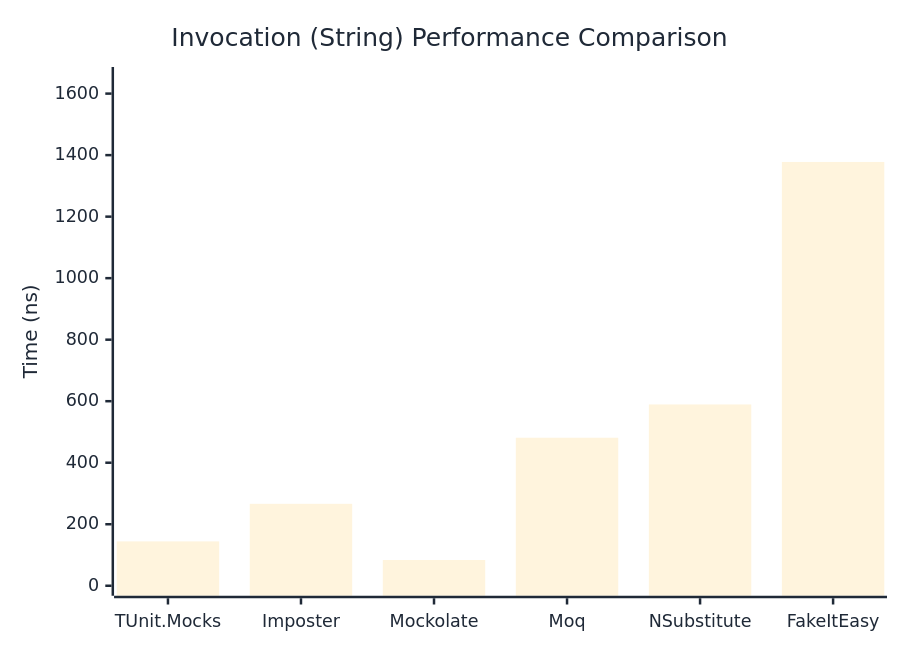
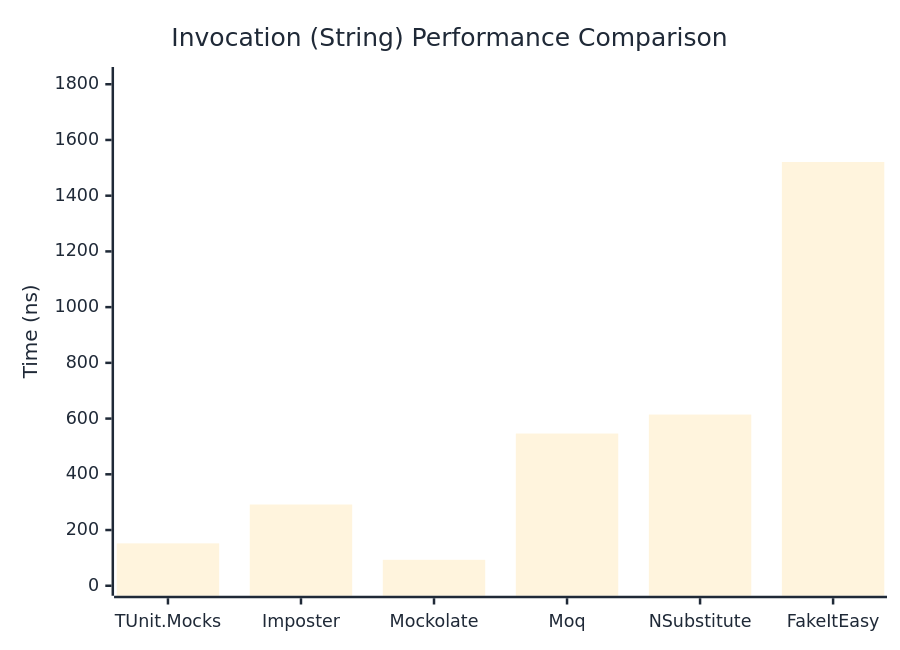
Before and after one commit to thomhurst/TUnit: the second of 3 diagrams in docs/docs/benchmarks/mocks/Invocation.md, drawn with Mermaid. The commit also changed other lines of this file and 14 other files, not shown here.

````diff
--- a/docs/docs/benchmarks/mocks/Invocation.md
+++ b/docs/docs/benchmarks/mocks/Invocation.md
@@ -69,27 +69,27 @@
 ```mermaid
 %%{init: {
   'theme':'base',
   'themeVariables': {
     'primaryColor': '#2563eb',
     'primaryTextColor': '#1f2937',
     'primaryBorderColor': '#1e40af',
     'lineColor': '#6b7280',
     'secondaryColor': '#7c3aed',
     'tertiaryColor': '#dc2626',
     'background': '#ffffff',
     'pie1': '#2563eb',
     'pie2': '#7c3aed',
     'pie3': '#dc2626',
     'pie4': '#f59e0b',
     'pie5': '#10b981',
     'pie6': '#06b6d4',
     'pie7': '#ec4899',
     'pie8': '#6366f1'
   }
 }}%%
 xychart-beta
   title "Invocation (String) Performance Comparison"
   x-axis ["TUnit.Mocks", "Imposter", "Mockolate", "Moq", "NSubstitute", "FakeItEasy"]
-  y-axis "Time (ns)" 0 --> 1654
-  bar [144.21, 266.34, 83.62, 481.25, 589.46, 1377.74]
+  y-axis "Time (ns)" 0 --> 1826
+  bar [152.16, 291.6, 93.12, 546.32, 614.45, 1520.86]
 ```
````
